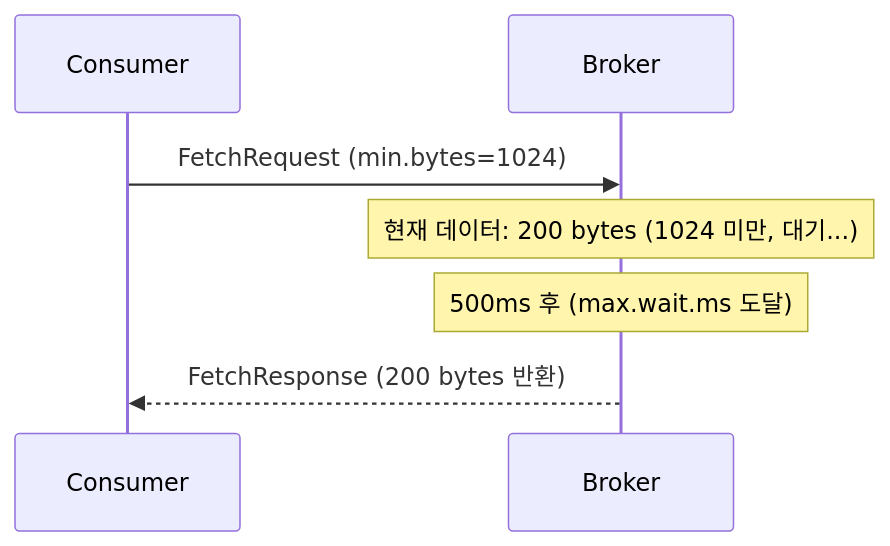
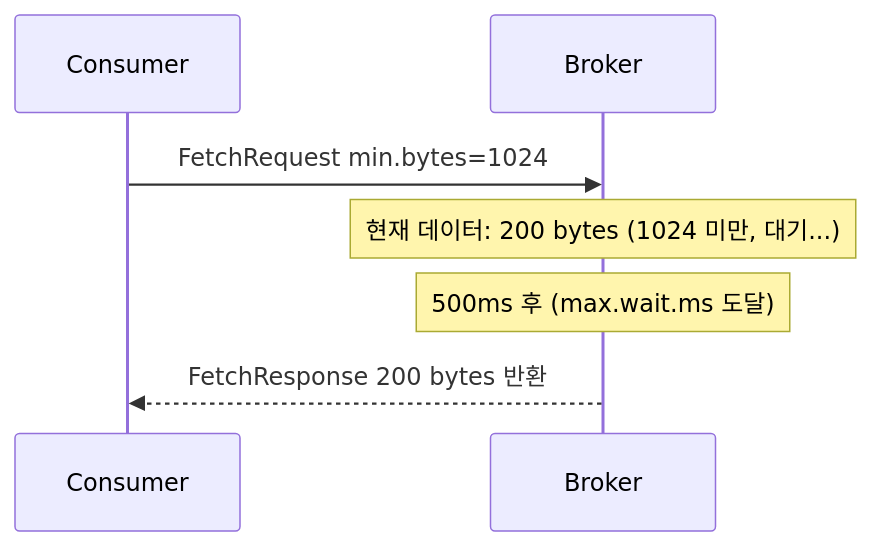
The sixth of 21 diagrams in _posts/kafka/2026-05-01-kafka-internals.md (yjkim2015/yjkim2015.github.io), drawn with Mermaid before and after one commit. The commit also changed other lines of this file and 85 other files, not shown here.

First line of the commit message:
sequenceDiagram 문법 에러 2차 수정 169개 (86파일)

````diff
--- a/_posts/kafka/2026-05-01-kafka-internals.md
+++ b/_posts/kafka/2026-05-01-kafka-internals.md
@@ -176,9 +176,9 @@
 ```mermaid
 sequenceDiagram
     participant C as Consumer
     participant B as Broker
-    C->>B: FetchRequest (min.bytes=1024)
+    C->>B: FetchRequest min.bytes=1024
     Note over B: 현재 데이터: 200 bytes (1024 미만, 대기...)
     Note over B: 500ms 후 (max.wait.ms 도달)
-    B-->>C: FetchResponse (200 bytes 반환)
+    B-->>C: FetchResponse 200 bytes 반환
 ```
````
